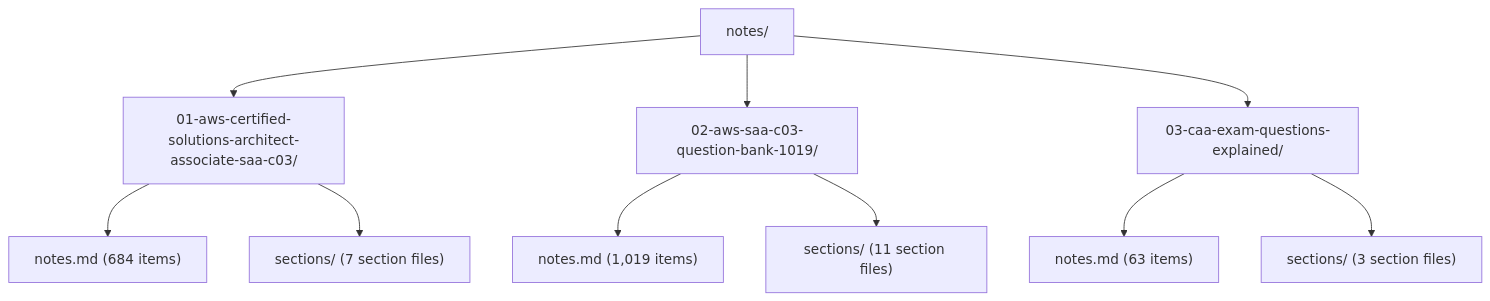
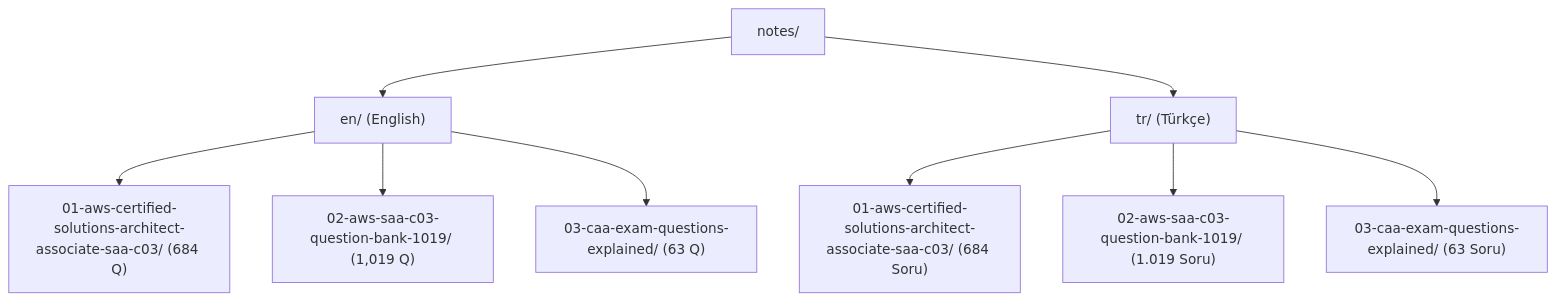
The diagram in README.md (AtaCanYmc/AWS-SAA-C03-Study-Notes), drawn with Mermaid before and after one commit. The commit also changed other lines of this file and 52 other files, not shown here.

Commit message:
refactor(notes): reorganize notes structure into dual-language directories for English and Turkish

````diff
--- a/README.md
+++ b/README.md
@@ -44,15 +44,13 @@
 ```mermaid
 flowchart TD
-    Root["notes/"] --> M1["01-aws-certified-solutions-architect-associate-saa-c03/"]
-    Root --> M2["02-aws-saa-c03-question-bank-1019/"]
-    Root --> M3["03-caa-exam-questions-explained/"]
+    Root["notes/"] --> EN["en/ (English)"]
+    Root --> TR["tr/ (Türkçe)"]
 
-    M1 --> M1_Full["notes.md (684 items)"]
-    M1 --> M1_Sec["sections/ (7 section files)"]
+    EN --> M1_EN["01-aws-certified-solutions-architect-associate-saa-c03/ (684 Q)"]
+    EN --> M2_EN["02-aws-saa-c03-question-bank-1019/ (1,019 Q)"]
+    EN --> M3_EN["03-caa-exam-questions-explained/ (63 Q)"]
 
-    M2 --> M2_Full["notes.md (1,019 items)"]
-    M2 --> M2_Sec["sections/ (11 section files)"]
-
-    M3 --> M3_Full["notes.md (63 items)"]
-    M3 --> M3_Sec["sections/ (3 section files)"]
+    TR --> M1_TR["01-aws-certified-solutions-architect-associate-saa-c03/ (684 Soru)"]
+    TR --> M2_TR["02-aws-saa-c03-question-bank-1019/ (1.019 Soru)"]
+    TR --> M3_TR["03-caa-exam-questions-explained/ (63 Soru)"]
 ```
````
